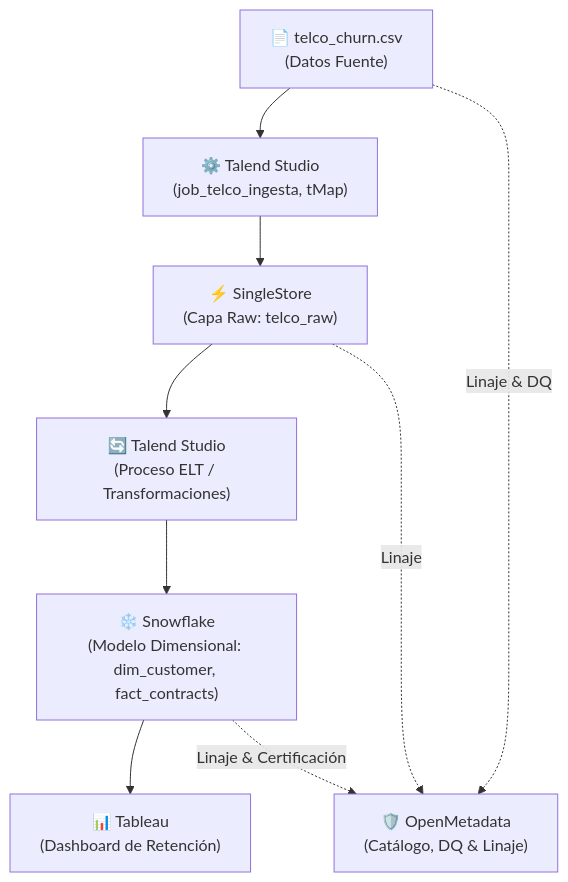
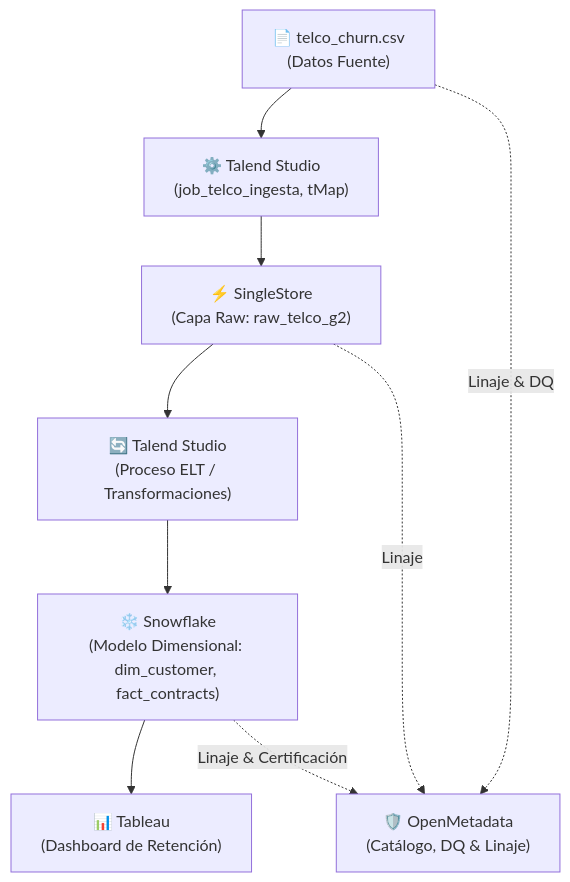
Before and after one commit to jennifferB/datathon-telco-churn: the diagram in README.md, drawn with Mermaid. The commit also changed other lines of this file and 2 other files, not shown here.

Commit message:
refactor(sql): alinear esquema DDL con tabla raw_telco_g2 y tipos validados

````diff
--- a/README.md
+++ b/README.md
@@ -55,13 +55,13 @@
 ```mermaid
 flowchart TD
     A["📄 telco_churn.csv<br/>(Datos Fuente)"] --> B["⚙️ Talend Studio<br/>(job_telco_ingesta, tMap)"]
-    B --> C["⚡ SingleStore<br/>(Capa Raw: telco_raw)"]
+    B --> C["⚡ SingleStore<br/>(Capa Raw: raw_telco_g2)"]
     C --> D["🔄 Talend Studio<br/>(Proceso ELT / Transformaciones)"]
     D --> E["❄️ Snowflake<br/>(Modelo Dimensional: dim_customer, fact_contracts)"]
     E --> F["📊 Tableau<br/>(Dashboard de Retención)"]
     
     %% Gobernanza y Linaje
     A -. Linaje & DQ .-> G["🛡️ OpenMetadata<br/>(Catálogo, DQ & Linaje)"]
     C -. Linaje .-> G
     E -. Linaje & Certificación .-> G
 ```
````
